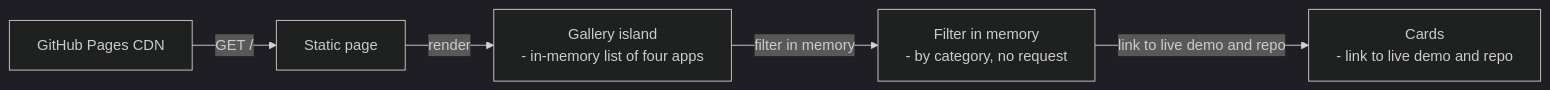
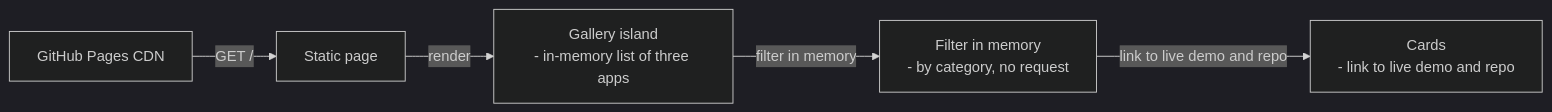
The second of 4 diagrams in README.md (elleskay/platform-site), drawn with Mermaid (dark theme) before and after one commit. The commit also changed other lines of this file and 2 other files, not shown here.

Commit message:
content: update app gallery

````diff
--- a/README.md
+++ b/README.md
@@ -99,7 +99,7 @@
 ```mermaid
 flowchart LR
   CDN["GitHub Pages CDN"] -->|"GET /"| Page["Static page"]
-  Page -->|"render"| Gallery["Gallery island<br/>- in-memory list of four apps"]
+  Page -->|"render"| Gallery["Gallery island<br/>- in-memory list of three apps"]
   Gallery -->|"filter in memory"| Filter["Filter in memory<br/>- by category, no request"]
   Filter -->|"link to live demo and repo"| Cards["Cards<br/>- link to live demo and repo"]
 ```
````
